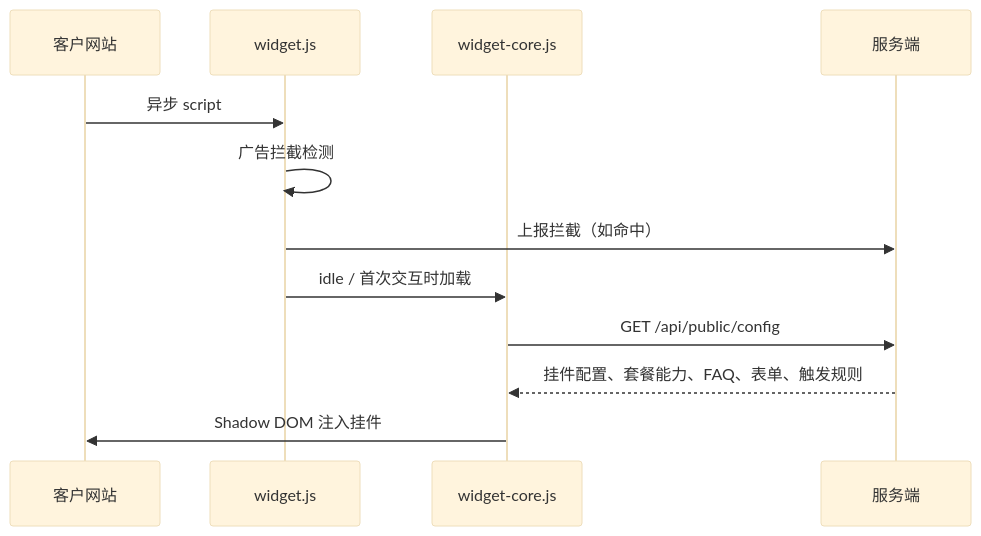
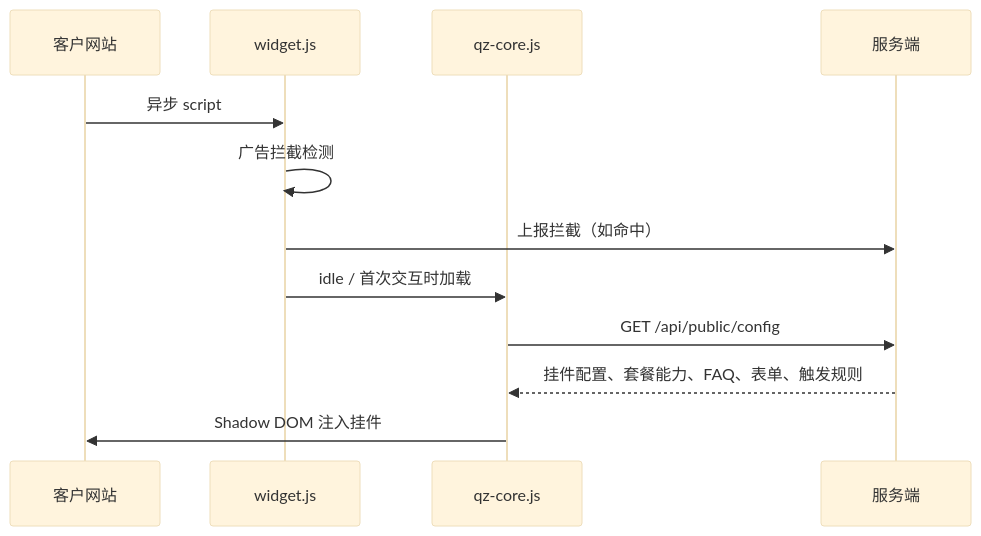
Before and after one commit to wenlibo90/qingzhan-lead-chat-saas: the second of 4 diagrams in docs/ARCHITECTURE.md, drawn with Mermaid (base theme). The commit also changed other lines of this file and 51 other files, not shown here.

````diff
--- a/docs/ARCHITECTURE.md
+++ b/docs/ARCHITECTURE.md
@@ -103,14 +135,14 @@
 ```mermaid
 sequenceDiagram
     participant Host as 客户网站
     participant Loader as widget.js
-    participant Core as widget-core.js
+    participant Core as qz-core.js
     participant API as 服务端
     Host->>Loader: 异步 script
     Loader->>Loader: 广告拦截检测
     Loader->>API: 上报拦截（如命中）
     Loader->>Core: idle / 首次交互时加载
     Core->>API: GET /api/public/config
     API-->>Core: 挂件配置、套餐能力、FAQ、表单、触发规则
     Core->>Host: Shadow DOM 注入挂件
 ```
````
